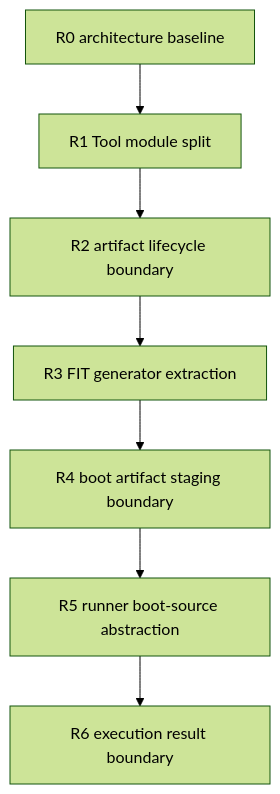
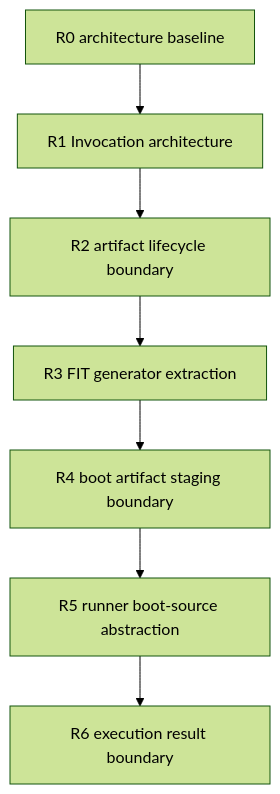
The diagram in docs/fork-only/2026-05-14-ostool-architecture-refactor-plan.md (MRNIU/ostool), drawn with Mermaid (forest theme) before and after one commit. The commit also changed other lines of this file and 1 other file, not shown here.

First line of the commit message:
docs: 对齐 R1 invocation 架构计划

````diff
--- a/docs/fork-only/2026-05-14-ostool-architecture-refactor-plan.md
+++ b/docs/fork-only/2026-05-14-ostool-architecture-refactor-plan.md
@@ -67,9 +71,9 @@
 ```mermaid
 graph TD
-    R0["R0 architecture baseline"] --> R1["R1 Tool module split"]
+    R0["R0 architecture baseline"] --> R1["R1 Invocation architecture"]
     R1 --> R2["R2 artifact lifecycle boundary"]
     R2 --> R3["R3 FIT generator extraction"]
     R3 --> R4["R4 boot artifact staging boundary"]
     R4 --> R5["R5 runner boot-source abstraction"]
     R5 --> R6["R6 execution result boundary"]
 ```
````
